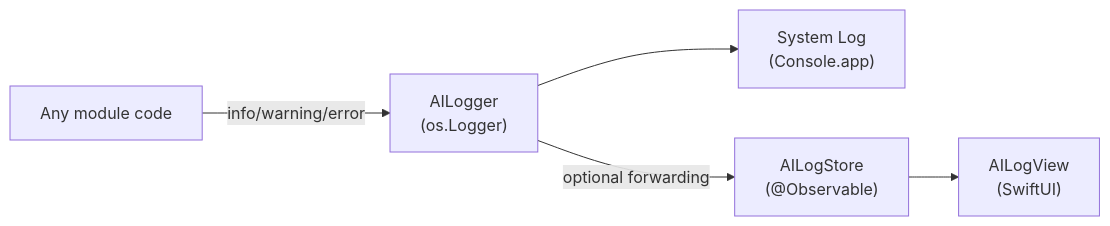
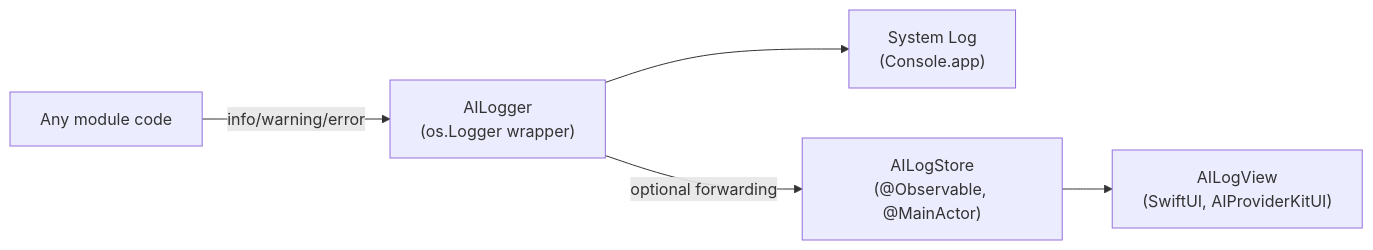
The sixth of 7 diagrams in Documentation/Architecture.md (molayab/swift-ai-provider-kit), drawn with Mermaid before and after one commit. The commit also changed other lines of this file and 7 other files, not shown here.

````diff
--- a/Documentation/Architecture.md
+++ b/Documentation/Architecture.md
@@ -164,13 +296,13 @@
 ```mermaid
 graph LR
     Code["Any module code"]
-    Logger["AILogger\n(os.Logger)"]
+    Logger["AILogger\n(os.Logger wrapper)"]
     OSLog["System Log\n(Console.app)"]
-    Store["AILogStore\n(@Observable)"]
-    View["AILogView\n(SwiftUI)"]
+    Store["AILogStore\n(@Observable, @MainActor)"]
+    View["AILogView\n(SwiftUI, AIProviderKitUI)"]
 
     Code -->|info/warning/error| Logger
     Logger --> OSLog
     Logger -->|optional forwarding| Store
     Store --> View
 ```
````
